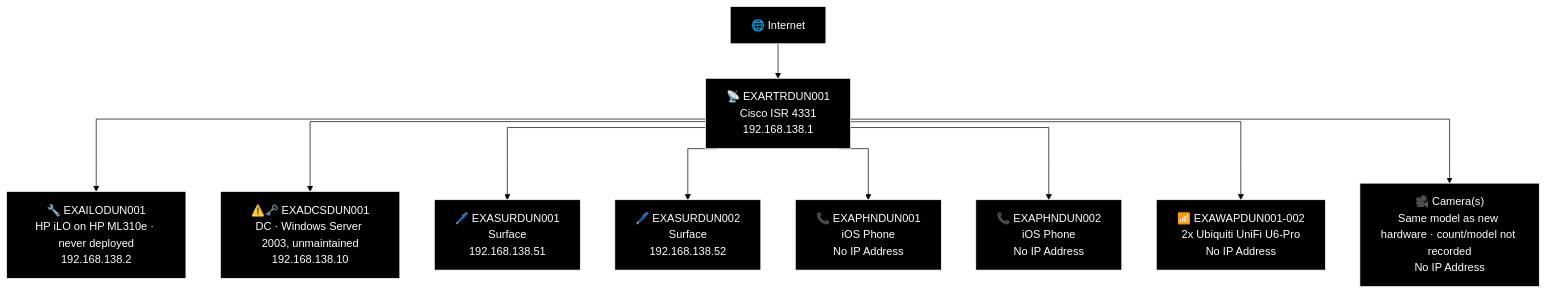
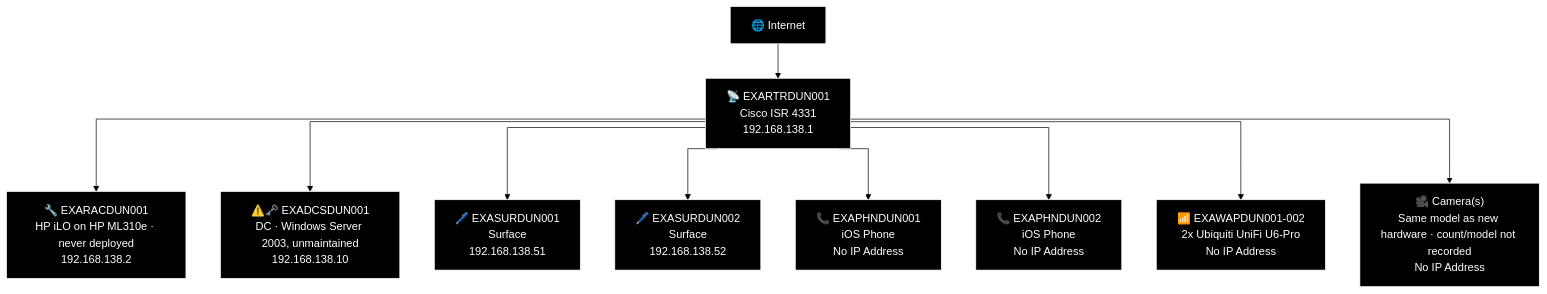
One commit to knightmare2600/example_music_infra changed diagram 13 of 21 in docs/network-diagram/scotland.md. Above: the diagram before and after it, drawn with Mermaid (forest theme). The commit also changed other lines of this file and 3 other files, not shown here.

````diff
--- a/docs/network-diagram/scotland.md
+++ b/docs/network-diagram/scotland.md
@@ -811,36 +811,36 @@
 ```mermaid
 %%{init: {'flowchart': {'curve': 'stepAfter'}}}%%
 graph TD
     O_INET["🌐 Internet"]
     O_RTR["📡 EXARTRDUN001<br/>Cisco ISR 4331<br/>192.168.138.1"]
     O_INET --> O_RTR
 
-    O_ILO["🔧 EXAILODUN001<br/>HP iLO on HP ML310e · never deployed<br/>192.168.138.2"]
+    O_RAC["🔧 EXARACDUN001<br/>HP iLO on HP ML310e · never deployed<br/>192.168.138.2"]
     O_DC["⚠️🗝️ EXADCSDUN001<br/>DC · Windows Server 2003, unmaintained<br/>192.168.138.10"]
-    O_RTR --> O_ILO
+    O_RTR --> O_RAC
     O_RTR --> O_DC
 
     O_SUR1["🖊️ EXASURDUN001<br/>Surface<br/>192.168.138.51"]
     O_SUR2["🖊️ EXASURDUN002<br/>Surface<br/>192.168.138.52"]
     O_PHN1["📞 EXAPHNDUN001<br/>iOS Phone<br/>No IP Address"]
     O_PHN2["📞 EXAPHNDUN002<br/>iOS Phone<br/>No IP Address"]
     O_WAP["📶 EXAWAPDUN001-002<br/>2x Ubiquiti UniFi U6-Pro<br/>No IP Address"]
     O_CAM["🎥 Camera(s)<br/>Same model as new hardware · count/model not recorded<br/>No IP Address"]
     O_RTR --> O_SUR1
     O_RTR --> O_SUR2
     O_RTR --> O_PHN1
     O_RTR --> O_PHN2
     O_RTR --> O_WAP
     O_RTR --> O_CAM
 
     style O_INET fill:#000000,stroke:#FFFFFF,color:#FFFFFF
     style O_RTR fill:#000000,stroke:#FFFFFF,color:#FFFFFF
-    style O_ILO fill:#000000,stroke:#FFFFFF,color:#FFFFFF
+    style O_RAC fill:#000000,stroke:#FFFFFF,color:#FFFFFF
     style O_DC fill:#000000,stroke:#FFFFFF,color:#FFFFFF
     style O_SUR1 fill:#000000,stroke:#FFFFFF,color:#FFFFFF
     style O_SUR2 fill:#000000,stroke:#FFFFFF,color:#FFFFFF
     style O_PHN1 fill:#000000,stroke:#FFFFFF,color:#FFFFFF
     style O_PHN2 fill:#000000,stroke:#FFFFFF,color:#FFFFFF
     style O_WAP fill:#000000,stroke:#FFFFFF,color:#FFFFFF
     style O_CAM fill:#000000,stroke:#FFFFFF,color:#FFFFFF
 ```
````
